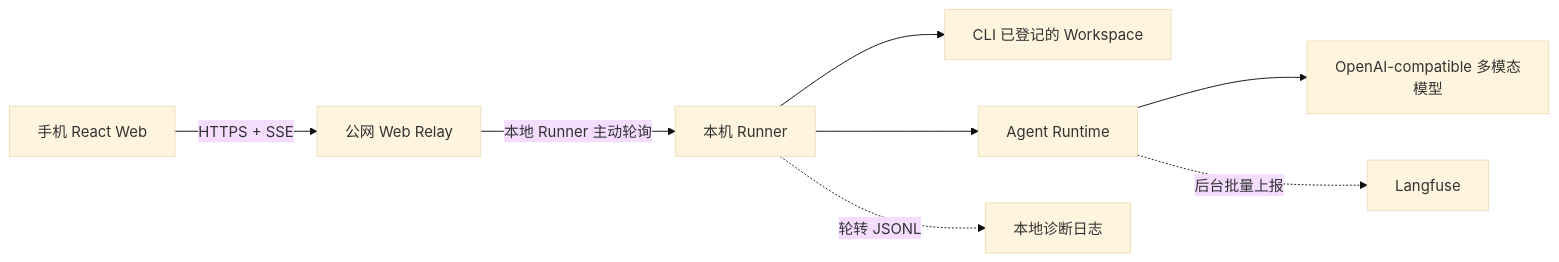
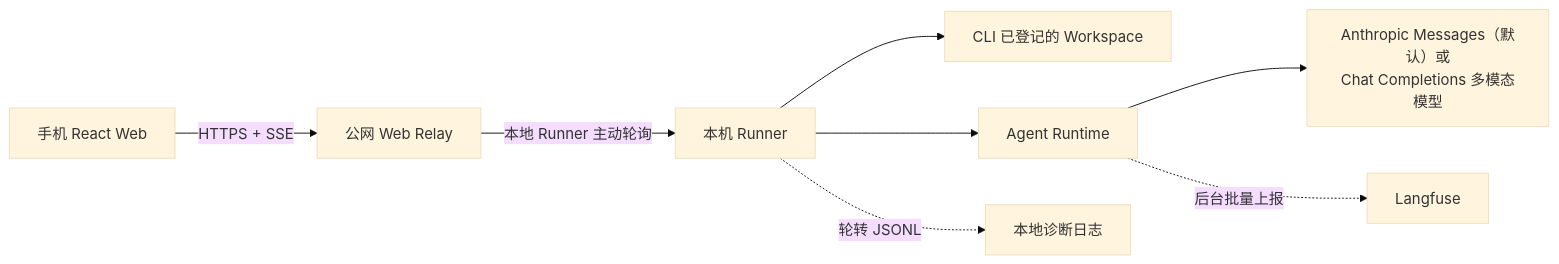
The diagram in docs/architecture.md (xx2201/AutoCode), drawn with Mermaid (base theme) before and after one commit. The commit also changed other lines of this file and 16 other files, not shown here.

Commit message:
feat: add native Anthropic Messages protocol

````diff
--- a/docs/architecture.md
+++ b/docs/architecture.md
@@ -14,10 +14,10 @@
 ```mermaid
 flowchart LR
     P["手机 React Web"] -->|"HTTPS + SSE"| R["公网 Web Relay"]
     R -->|"本地 Runner 主动轮询"| L["本机 Runner"]
     L --> W["CLI 已登记的 Workspace"]
     L --> A["Agent Runtime"]
-    A --> M["OpenAI-compatible 多模态模型"]
+    A --> M["Anthropic Messages（默认）或<br/>Chat Completions 多模态模型"]
     A -. "后台批量上报" .-> F["Langfuse"]
     L -. "轮转 JSONL" .-> D["本地诊断日志"]
 ```
````
